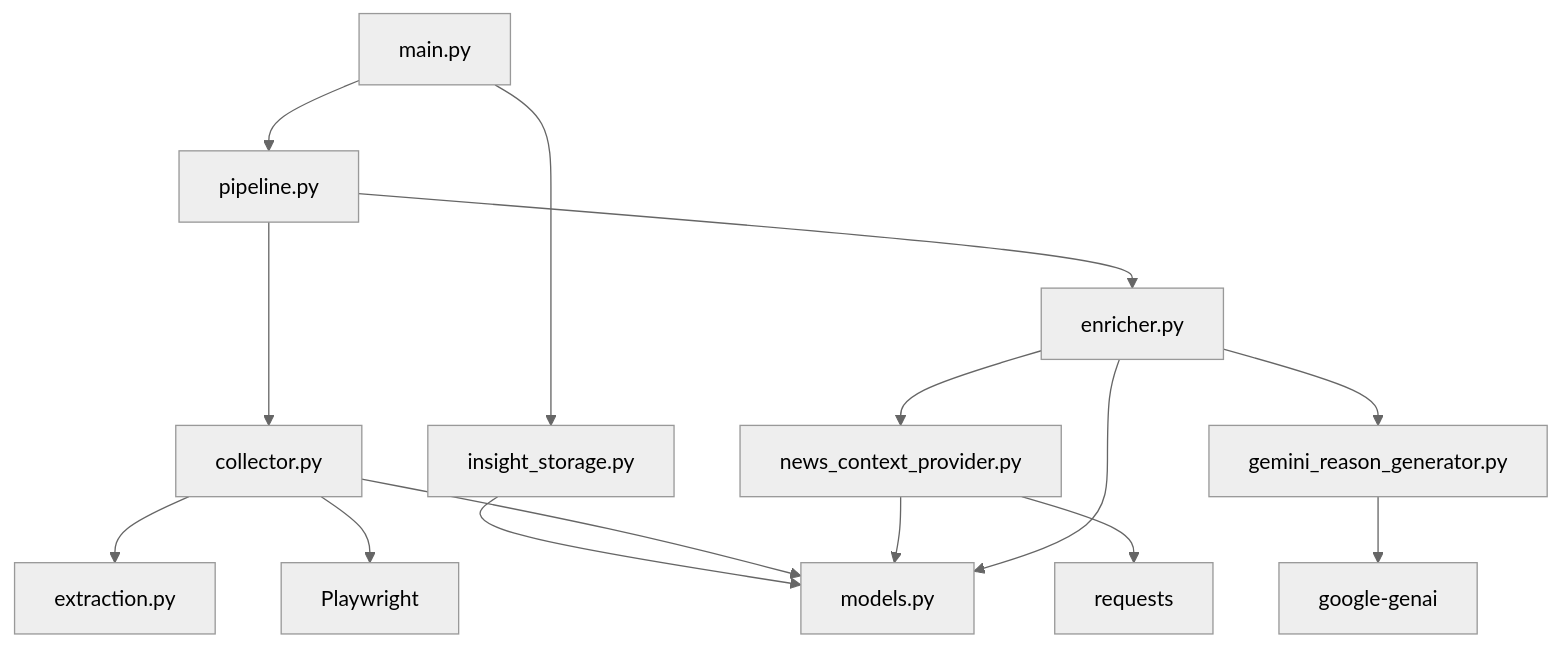
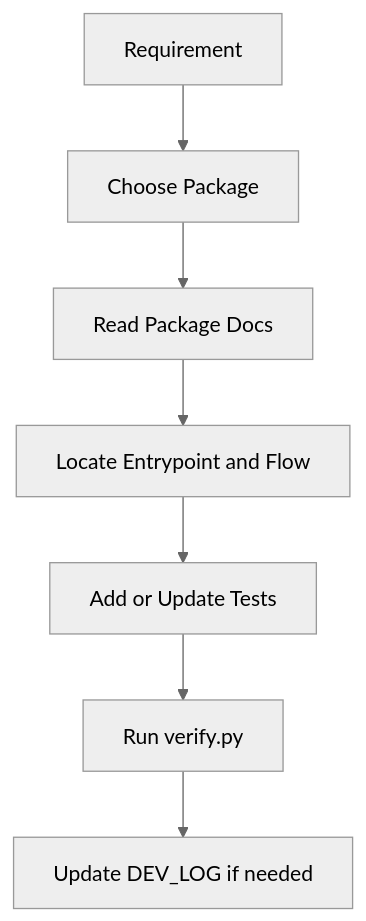
The third of 3 diagrams in CODEBASE_GUIDE.md (jhkr1/automation-hub), drawn with Mermaid (neutral theme) before and after one commit. The commit also changed other lines of this file and 28 other files, not shown here.

Commit message:
docs: add automation architecture concepts book

````diff
--- a/CODEBASE_GUIDE.md
+++ b/CODEBASE_GUIDE.md
@@ -356,18 +183,9 @@
 ```mermaid
 flowchart TD
-    Main[main.py]
-    Main --> Pipeline[pipeline.py]
-    Main --> Storage[insight_storage.py]
-    Pipeline --> Collector[collector.py]
-    Pipeline --> Enricher[enricher.py]
-    Collector --> Extraction[extraction.py]
-    Collector --> Playwright[Playwright]
-    Enricher --> News[news_context_provider.py]
-    Enricher --> Gemini[gemini_reason_generator.py]
-    News --> Requests[requests]
-    Gemini --> SDK[google-genai]
-    Storage --> Models[models.py]
-    Collector --> Models
-    News --> Models
-    Enricher --> Models
+    Requirement[Requirement] --> Package[Choose Package]
+    Package --> Docs[Read Package Docs]
+    Docs --> EntryPoint[Locate Entrypoint and Flow]
+    EntryPoint --> Tests[Add or Update Tests]
+    Tests --> Verify[Run verify.py]
+    Verify --> History[Update DEV_LOG if needed]
 ```
````
